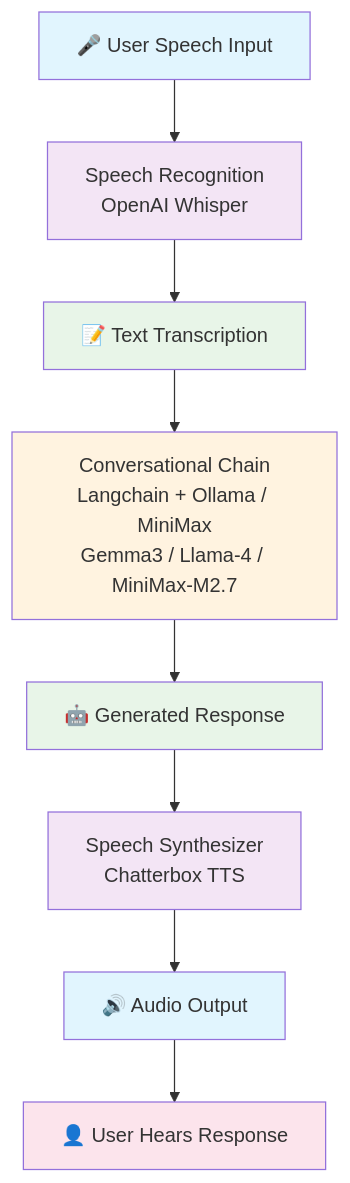
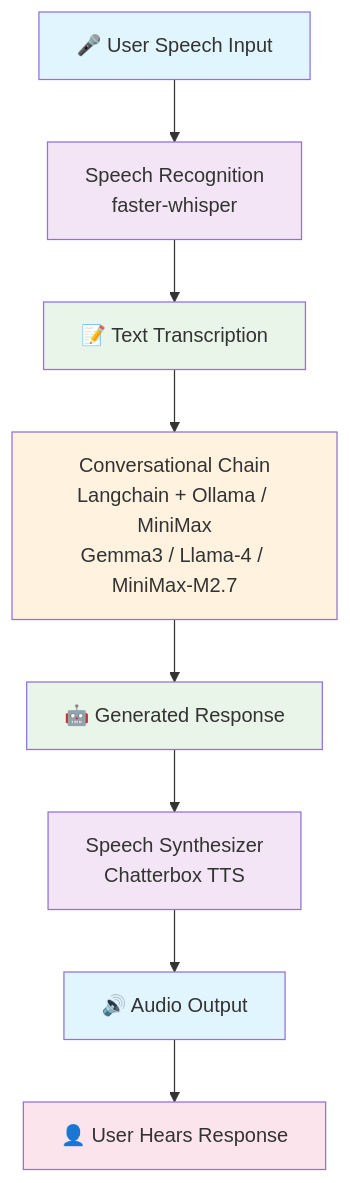
One commit to Luzie23/local-talking-llm changed the diagram in README.md. Above: the diagram before and after it, drawn with Mermaid. The commit also changed other lines of this file and 5 other files, not shown here.

First line of the commit message:
Replace openai-whisper with faster-whisper (Step 5, part 1)

````diff
--- a/README.md
+++ b/README.md
@@ -42,19 +42,19 @@
 ```mermaid
 flowchart TD
-    A[🎤 User Speech Input] --> B[Speech Recognition<br/>OpenAI Whisper]
+    A[🎤 User Speech Input] --> B[Speech Recognition<br/>faster-whisper]
     B --> C[📝 Text Transcription]
     C --> D[Conversational Chain<br/>Langchain + Ollama / MiniMax<br/>Gemma3 / Llama-4 / MiniMax-M2.7]
     D --> E[🤖 Generated Response]
     E --> F[Speech Synthesizer<br/>Chatterbox TTS]
     F --> G[🔊 Audio Output]
     G --> H[👤 User Hears Response]
 
     style A fill:#e1f5fe
     style B fill:#f3e5f5
     style C fill:#e8f5e8
     style D fill:#fff3e0
     style E fill:#e8f5e8
     style F fill:#f3e5f5
     style G fill:#e1f5fe
     style H fill:#fce4ec
 ```
````
